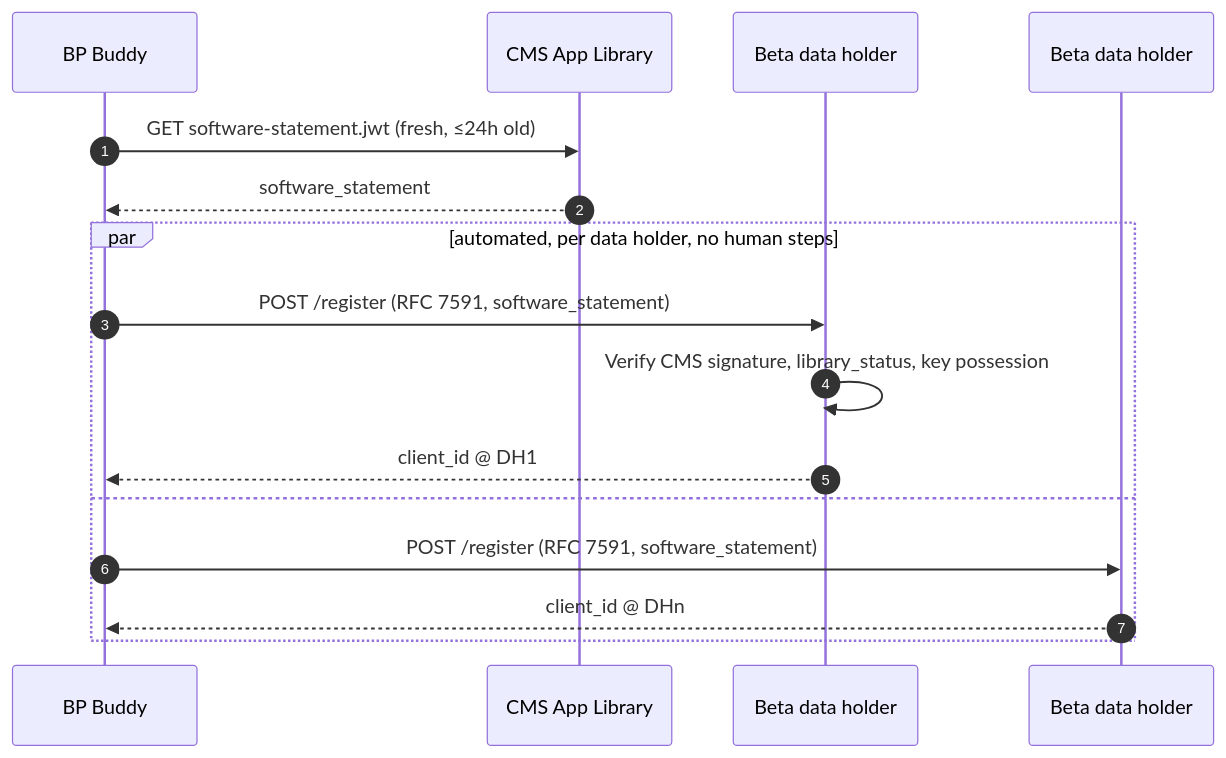
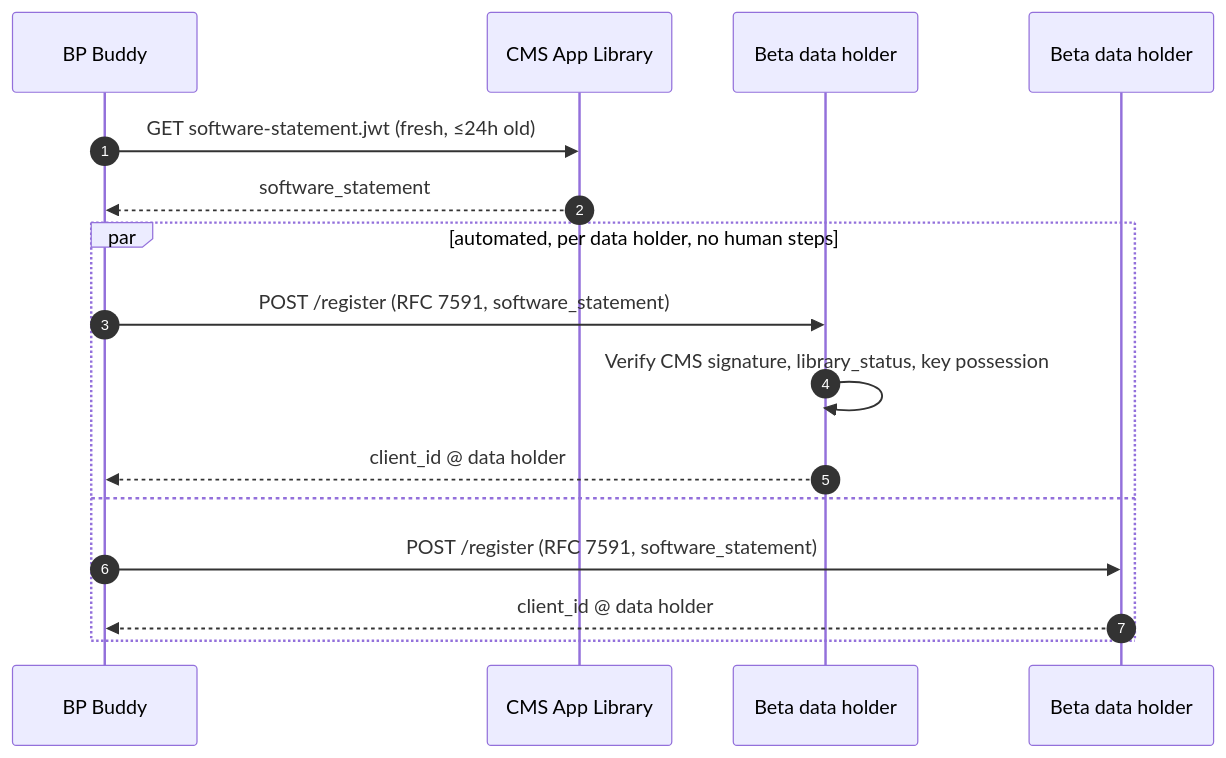
One commit to jmandel/cms-ns changed the fourth of 10 diagrams in app-connectivity-flows.md. Above: the diagram before and after it, drawn with Mermaid. The commit also changed other lines of this file and 2 other files, not shown here.

````diff
--- a/app-connectivity-flows.md
+++ b/app-connectivity-flows.md
@@ -95,19 +101,19 @@
 ```mermaid
 sequenceDiagram
     autonumber
     participant App as BP Buddy
     participant CMS as CMS App Library
-    participant DH1 as Beta data holder #1 AS
-    participant DHn as Beta data holder #N AS
+    participant DH1 as Beta data holder #1 auth server
+    participant DHn as Beta data holder #N auth server
 
     App->>CMS: GET software-statement.jwt (fresh, ≤24h old)
     CMS-->>App: software_statement
     par automated, per data holder, no human steps
         App->>DH1: POST /register (RFC 7591, software_statement)
         DH1->>DH1: Verify CMS signature, library_status, key possession
-        DH1-->>App: client_id @ DH1
+        DH1-->>App: client_id @ data holder #1
     and
         App->>DHn: POST /register (RFC 7591, software_statement)
-        DHn-->>App: client_id @ DHn
+        DHn-->>App: client_id @ data holder #N
     end
 ```
````
